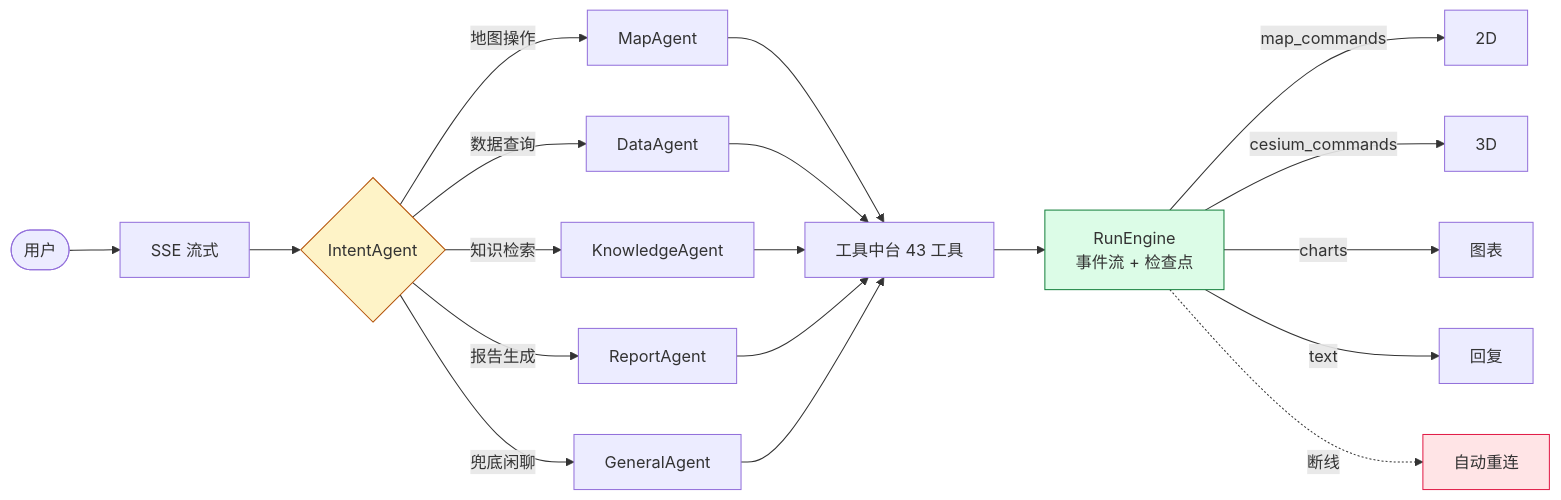
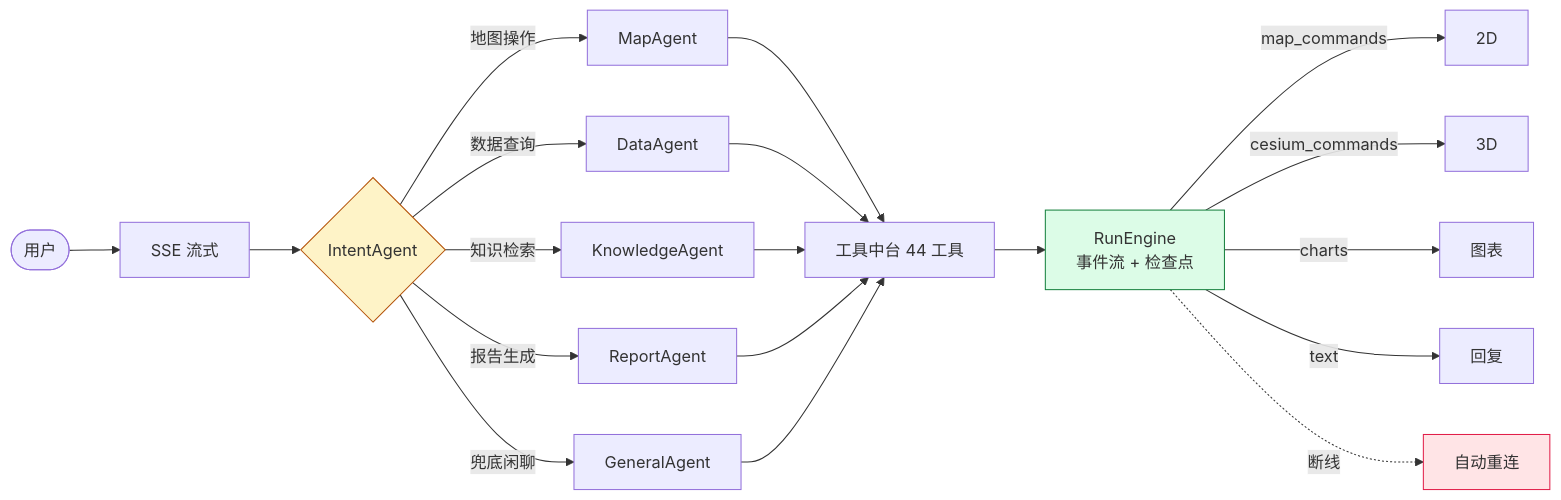
The fifth of 7 diagrams in README.md (PotatoH-cmd/Smart_Map), drawn with Mermaid before and after one commit. The commit also changed other lines of this file and 163 other files, not shown here.

````diff
--- a/README.md
+++ b/README.md
@@ -198,20 +239,20 @@
 ```mermaid
 flowchart LR
     U(["用户"]) --> SSE["SSE 流式"] --> I{"IntentAgent"}
     I -->|地图操作| MA["MapAgent"]
     I -->|数据查询| DA["DataAgent"]
     I -->|知识检索| KA["KnowledgeAgent"]
     I -->|报告生成| RA["ReportAgent"]
     I -->|兜底闲聊| GA["GeneralAgent"]
-    MA & DA & KA & RA & GA --> T["工具中台 43 工具"]
+    MA & DA & KA & RA & GA --> T["工具中台 44 工具"]
     T --> R["RunEngine<br/>事件流 + 检查点"]
     R -->|map_commands| M2D["2D"]
     R -->|cesium_commands| M3D["3D"]
     R -->|charts| CH["图表"]
     R -->|text| TX["回复"]
     R -.->|断线| RC["自动重连"]
 
     style I fill:#fef3c7,stroke:#b45309
     style R fill:#dcfce7,stroke:#15803d
     style RC fill:#ffe4e6,stroke:#e11d48
 ```
````
